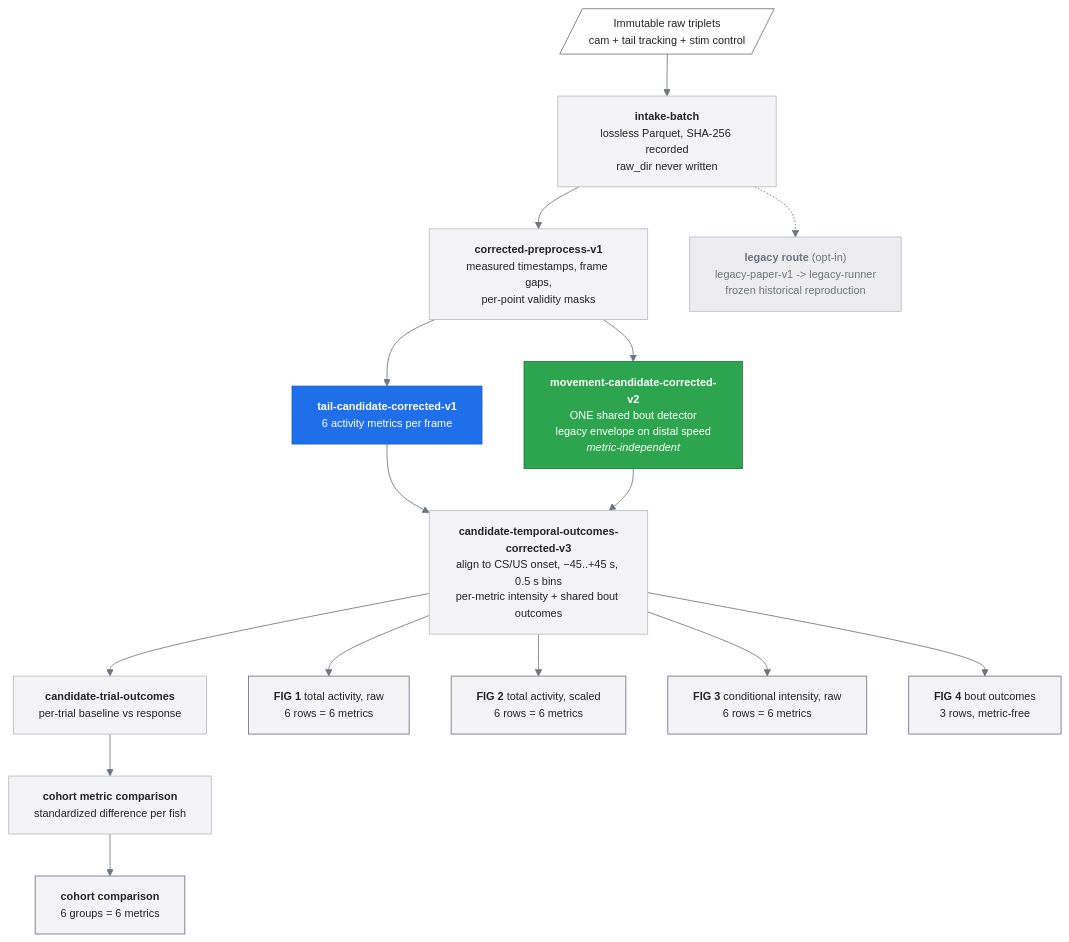
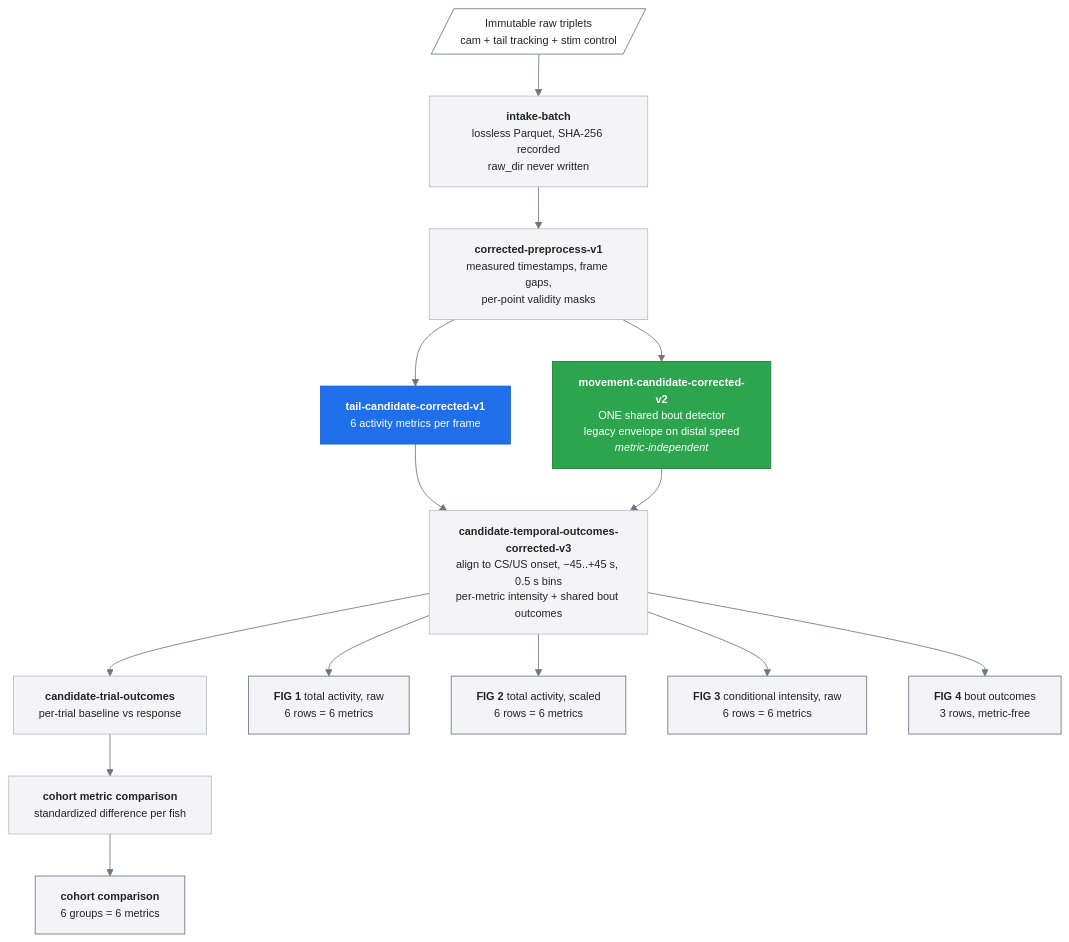
Before and after one commit to jasmc/ClassicalConditioning: the diagram in README.md, drawn with Mermaid. The commit also changed other lines of this file and 7 other files, not shown here.

````diff
--- a/README.md
+++ b/README.md
@@ -154,32 +215,29 @@
 ```mermaid
 %%{init: {'theme': 'base', 'themeVariables': {'primaryColor': '#F4F4F6', 'primaryTextColor': '#22242A', 'primaryBorderColor': '#B8BCC4', 'lineColor': '#6E7480', 'fontSize': '13px', 'fontFamily': 'Arial, Noto Sans, sans-serif'}}}%%
 graph TD
     RAW[/"Immutable raw triplets<br/>cam + tail tracking + stim control"/]:::raw
 
     RAW --> INTAKE["<b>intake-batch</b><br/>lossless Parquet, SHA-256 recorded<br/>raw_dir never written"]
 
     INTAKE --> PRE["<b>corrected-preprocess-v1</b><br/>measured timestamps, frame gaps,<br/>per-point validity masks"]
 
     PRE --> MET["<b>tail-candidate-corrected-v1</b><br/>6 activity metrics per frame"]:::key
     PRE --> DET["<b>movement-candidate-corrected-v2</b><br/>ONE shared bout detector<br/>legacy envelope on distal speed<br/><i>metric-independent</i>"]:::fix
 
     MET --> PROF
     DET --> PROF["<b>candidate-temporal-outcomes-corrected-v3</b><br/>align to CS/US onset, −45..+45 s, 0.5 s bins<br/>per-metric intensity + shared bout outcomes"]
 
     PROF --> TRIAL["<b>candidate-trial-outcomes</b><br/>per-trial baseline vs response"]
     TRIAL --> COHORT["<b>cohort metric comparison</b><br/>standardized difference per fish"]
 
     PROF --> FIG1["<b>FIG 1</b> total activity, raw<br/>6 rows = 6 metrics"]:::fig
     PROF --> FIG2["<b>FIG 2</b> total activity, scaled<br/>6 rows = 6 metrics"]:::fig
     PROF --> FIG3["<b>FIG 3</b> conditional intensity, raw<br/>6 rows = 6 metrics"]:::fig
     PROF --> FIG4["<b>FIG 4</b> bout outcomes<br/>3 rows, metric-free"]:::fig
     COHORT --> FIGC["<b>cohort comparison</b><br/>6 groups = 6 metrics"]:::fig
 
-    INTAKE -.-> LEG["<b>legacy route</b> (opt-in)<br/>legacy-paper-v1 -> legacy-runner<br/>frozen historical reproduction"]:::legacy
-
     classDef raw fill:#FFFFFF,stroke:#6E7480,stroke-width:1px,color:#22242A
     classDef key fill:#1F6FEB,stroke:#1A5FCC,stroke-width:1px,color:#FFFFFF
     classDef fix fill:#2DA44E,stroke:#1F7A3A,stroke-width:1px,color:#FFFFFF
     classDef fig fill:#F4F4F6,stroke:#6E7480,stroke-width:1px,color:#22242A
-    classDef legacy fill:#EDEDF0,stroke:#B8BCC4,stroke-width:1px,color:#6E7480
 ```
````
